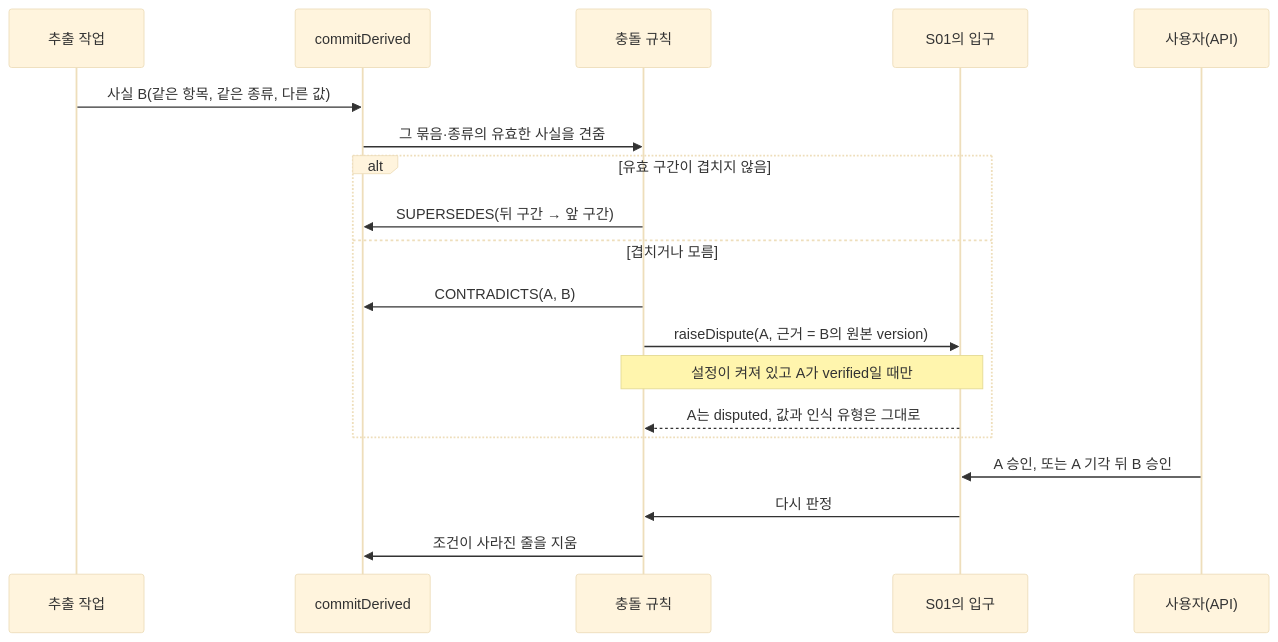
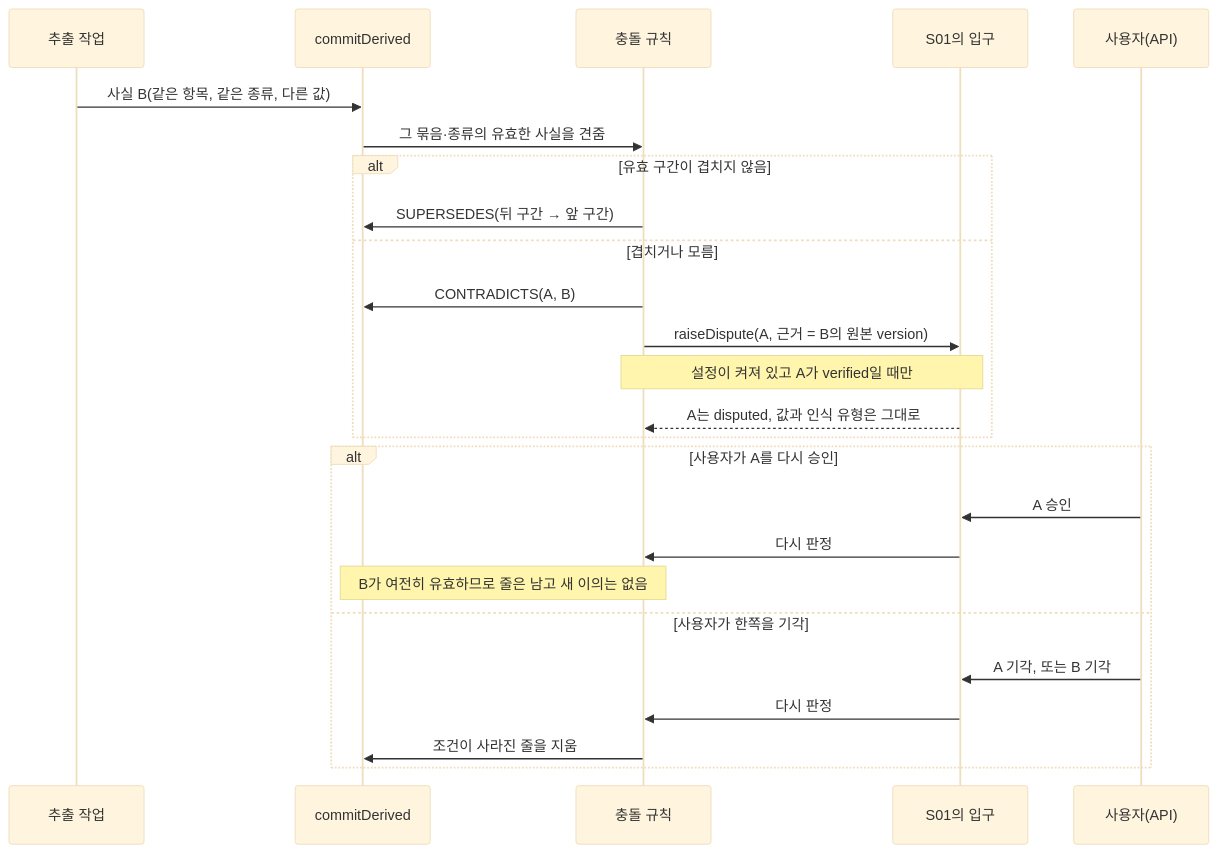
Before and after one commit to nohdol97/PKI: the third of 4 diagrams in docs/specs/2026-11-22-S02-entity-resolution-temporal-graph.md, drawn with Mermaid (base theme). The commit also changed other lines of this file, not shown here.

````diff
--- a/docs/specs/2026-11-22-S02-entity-resolution-temporal-graph.md
+++ b/docs/specs/2026-11-22-S02-entity-resolution-temporal-graph.md
@@ -323,21 +335,27 @@
 ```mermaid
 sequenceDiagram
   participant X as 추출 작업
   participant C as commitDerived
   participant R as 충돌 규칙
   participant G as S01의 입구
   participant U as 사용자(API)
   X->>C: 사실 B(같은 항목, 같은 종류, 다른 값)
   C->>R: 그 묶음·종류의 유효한 사실을 견줌
   alt 유효 구간이 겹치지 않음
     R->>C: SUPERSEDES(뒤 구간 → 앞 구간)
   else 겹치거나 모름
     R->>C: CONTRADICTS(A, B)
     R->>G: raiseDispute(A, 근거 = B의 원본 version)
     Note over R,G: 설정이 켜져 있고 A가 verified일 때만
     G-->>R: A는 disputed, 값과 인식 유형은 그대로
   end
-  U->>G: A 승인, 또는 A 기각 뒤 B 승인
-  G->>R: 다시 판정
-  R->>C: 조건이 사라진 줄을 지움
+  alt 사용자가 A를 다시 승인
+    U->>G: A 승인
+    G->>R: 다시 판정
+    Note over R,C: B가 여전히 유효하므로 줄은 남고 새 이의는 없음
+  else 사용자가 한쪽을 기각
+    U->>G: A 기각, 또는 B 기각
+    G->>R: 다시 판정
+    R->>C: 조건이 사라진 줄을 지움
+  end
 ```
````
